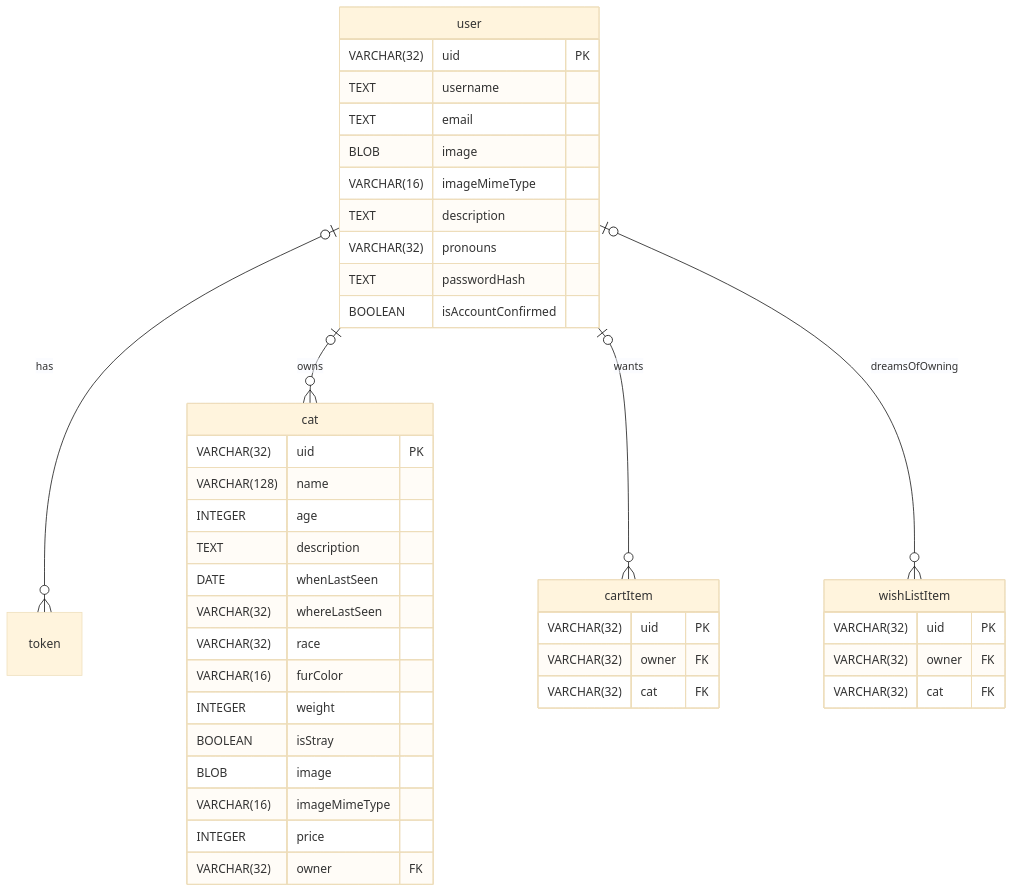
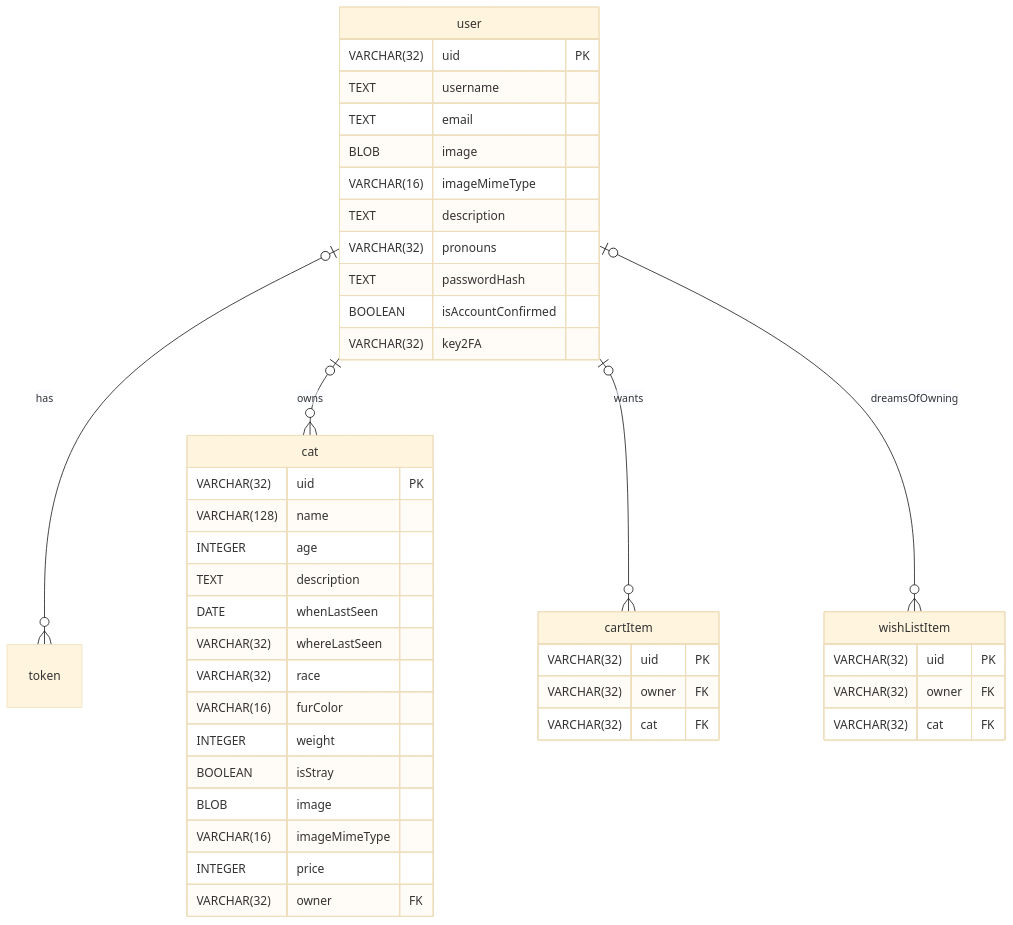
Before and after one commit to C4lopsitta/cat-docs: the diagram in Writerside/topics/Database-Structure.md, drawn with Mermaid (base theme). The commit also changed other lines of this file, not shown here.

````diff
--- a/Writerside/topics/Database-Structure.md
+++ b/Writerside/topics/Database-Structure.md
@@ -4,50 +4,51 @@
 ```mermaid
 erDiagram
 
     user {
         VARCHAR(32) uid PK
         TEXT username
         TEXT email
         BLOB image
         VARCHAR(16) imageMimeType
         TEXT description
         VARCHAR(32) pronouns
         TEXT passwordHash
         BOOLEAN isAccountConfirmed
+        VARCHAR(32) key2FA
         %% check in future if OPT should be added %%
     }
         
     cat {
         VARCHAR(32) uid PK
         VARCHAR(128) name
         INTEGER age
         TEXT description
         DATE whenLastSeen
         VARCHAR(32) whereLastSeen
         VARCHAR(32) race
         VARCHAR(16) furColor
         INTEGER weight
         BOOLEAN isStray
         BLOB image
         VARCHAR(16) imageMimeType
         INTEGER price
         VARCHAR(32) owner FK
     }
     
     cartItem {
         VARCHAR(32) uid PK
         VARCHAR(32) owner FK
         VARCHAR(32) cat FK
     }
 
     wishListItem {
         VARCHAR(32) uid PK
         VARCHAR(32) owner FK
         VARCHAR(32) cat FK
     }
     
     user |o--o{ token : has
     user |o--o{ cat : owns
     user |o--o{ cartItem : wants
     user |o--o{ wishListItem : dreamsOfOwning
 ```
````
